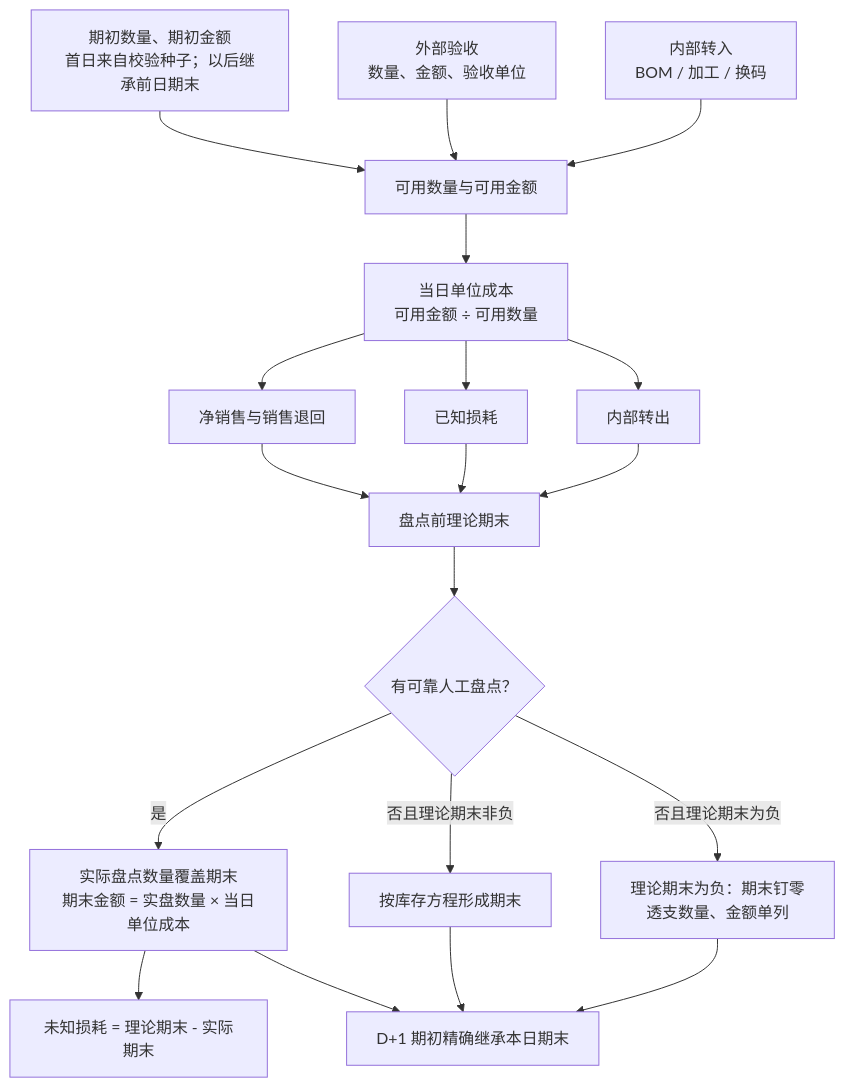
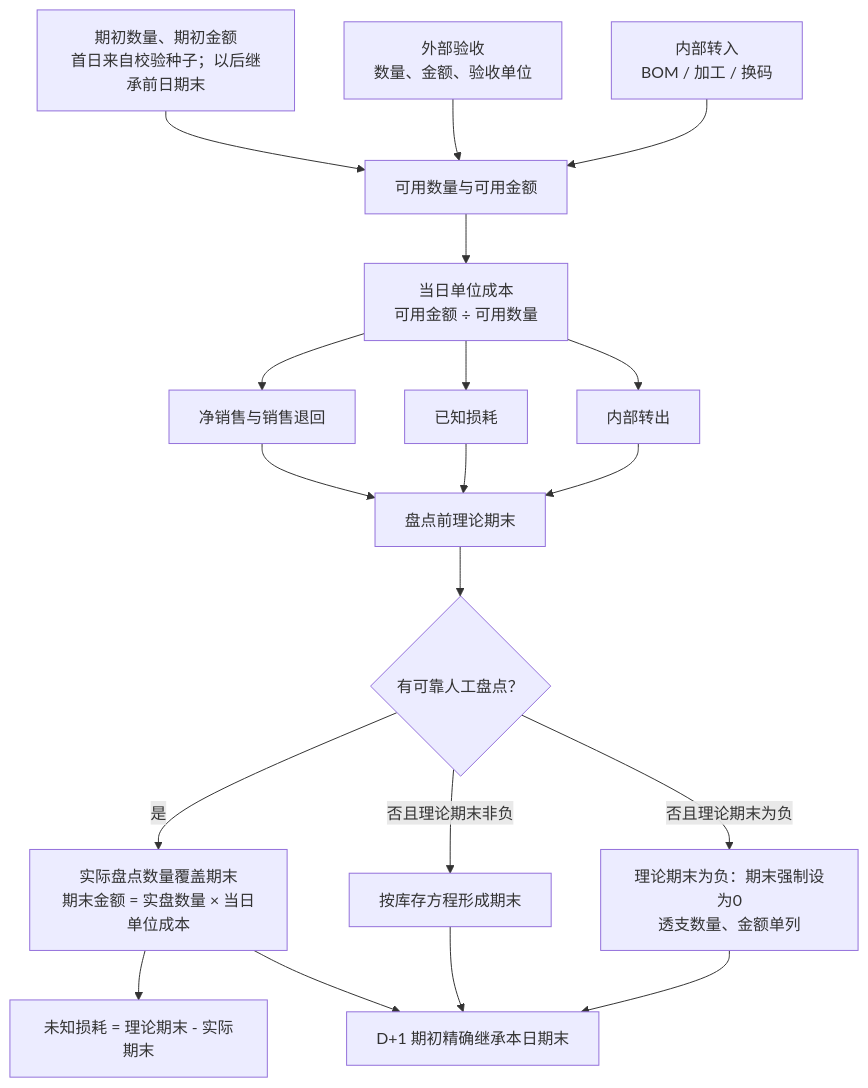
One commit to kate636/cuihua-data changed the second of 3 diagrams in fmetl/docs/designs/DESIGN-006-v0.15-evidence-led-iteration-method.md. Above: the diagram before and after it, drawn with Mermaid. The commit also changed other lines of this file and 42 other files, not shown here.

````diff
--- a/fmetl/docs/designs/DESIGN-006-v0.15-evidence-led-iteration-method.md
+++ b/fmetl/docs/designs/DESIGN-006-v0.15-evidence-led-iteration-method.md
@@ -57,37 +57,37 @@
 ```mermaid
 flowchart TD
     O["期初数量、期初金额<br/>首日来自校验种子；以后继承前日期末"]
     R["外部验收<br/>数量、金额、验收单位"]
     IN["内部转入<br/>BOM / 加工 / 换码"]
     U["可用数量与可用金额"]
     C["当日单位成本<br/>可用金额 ÷ 可用数量"]
     S["净销售与销售退回"]
     L["已知损耗"]
     OUT["内部转出"]
     T["盘点前理论期末"]
     P{"有可靠人工盘点？"}
     E1["实际盘点数量覆盖期末<br/>期末金额 = 实盘数量 × 当日单位成本"]
     E2["按库存方程形成期末"]
     X["未知损耗 = 理论期末 - 实际期末"]
-    N["理论期末为负：期末钉零<br/>透支数量、金额单列"]
+    N["理论期末为负：期末强制设为0<br/>透支数量、金额单列"]
     D1["D+1 期初精确继承本日期末"]
 
     O --> U
     R --> U
     IN --> U
     U --> C
     C --> S
     C --> L
     C --> OUT
     S --> T
     L --> T
     OUT --> T
     T --> P
     P -->|是| E1
     E1 --> X
     P -->|否且理论期末非负| E2
     P -->|否且理论期末为负| N
     E1 --> D1
     E2 --> D1
     N --> D1
 ```
````
